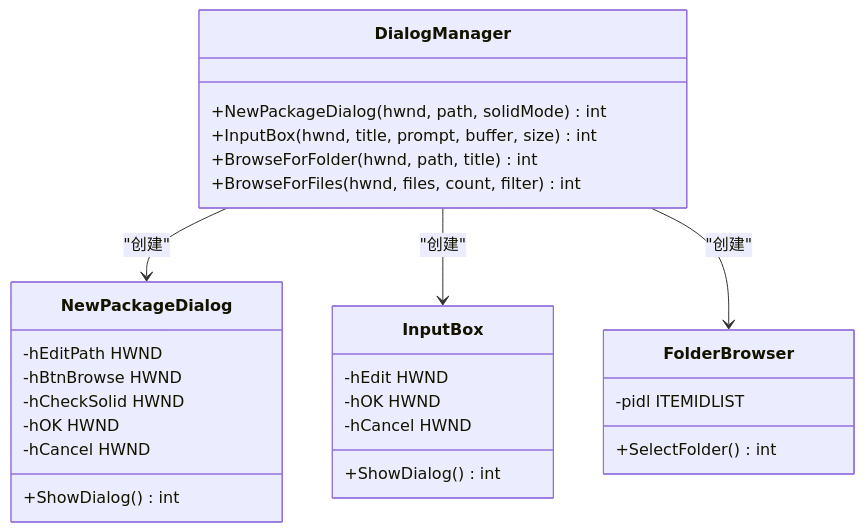
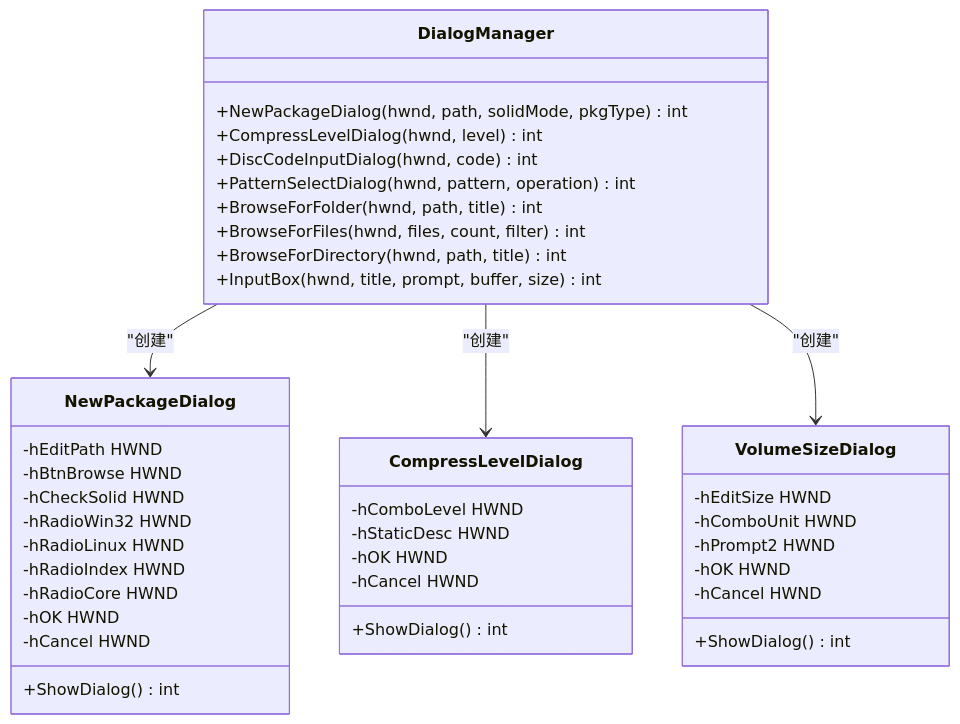
One commit to xywhsoft/xpack changed the fifth of 12 diagrams in .qoder/repowiki/zh/content/开发者指南/xpkgui 图形界面工具.md. Above: the diagram before and after it, drawn with Mermaid. The commit also changed other lines of this file and 42 other files, not shown here.

````diff
--- a/.qoder/repowiki/zh/content/开发者指南/xpkgui 图形界面工具.md
+++ b/.qoder/repowiki/zh/content/开发者指南/xpkgui 图形界面工具.md
@@ -225,30 +293,43 @@
 ```mermaid
 classDiagram
 class DialogManager {
-+NewPackageDialog(hwnd, path, solidMode) int
-+InputBox(hwnd, title, prompt, buffer, size) int
++NewPackageDialog(hwnd, path, solidMode, pkgType) int
++CompressLevelDialog(hwnd, level) int
++DiscCodeInputDialog(hwnd, code) int
++PatternSelectDialog(hwnd, pattern, operation) int
 +BrowseForFolder(hwnd, path, title) int
 +BrowseForFiles(hwnd, files, count, filter) int
++BrowseForDirectory(hwnd, path, title) int
++InputBox(hwnd, title, prompt, buffer, size) int
 }
 class NewPackageDialog {
 -hEditPath HWND
 -hBtnBrowse HWND
 -hCheckSolid HWND
+-hRadioWin32 HWND
+-hRadioLinux HWND
+-hRadioIndex HWND
+-hRadioCore HWND
 -hOK HWND
 -hCancel HWND
 +ShowDialog() int
 }
-class InputBox {
--hEdit HWND
+class CompressLevelDialog {
+-hComboLevel HWND
+-hStaticDesc HWND
 -hOK HWND
 -hCancel HWND
 +ShowDialog() int
 }
-class FolderBrowser {
--pidl ITEMIDLIST
-+SelectFolder() int
+class VolumeSizeDialog {
+-hEditSize HWND
+-hComboUnit HWND
+-hPrompt2 HWND
+-hOK HWND
+-hCancel HWND
++ShowDialog() int
 }
 DialogManager --> NewPackageDialog : "创建"
-DialogManager --> InputBox : "创建"
-DialogManager --> FolderBrowser : "创建"
+DialogManager --> CompressLevelDialog : "创建"
+DialogManager --> VolumeSizeDialog : "创建"
 ```
````
